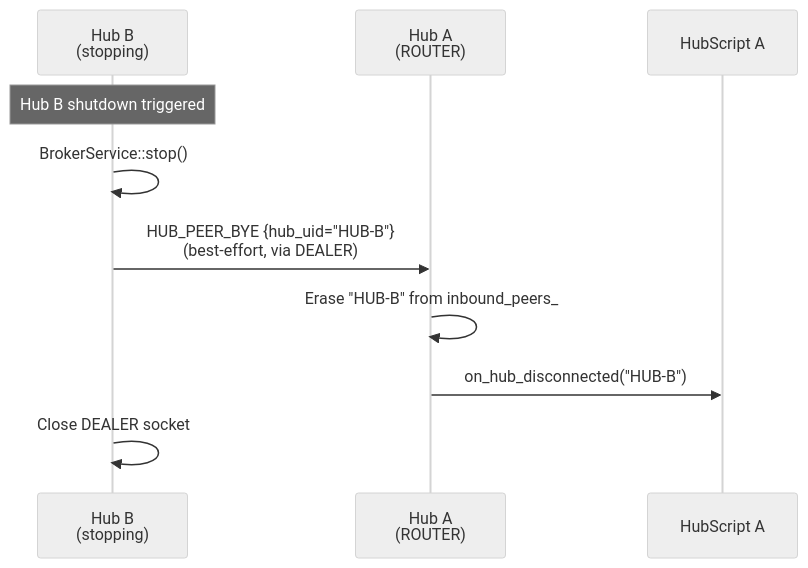
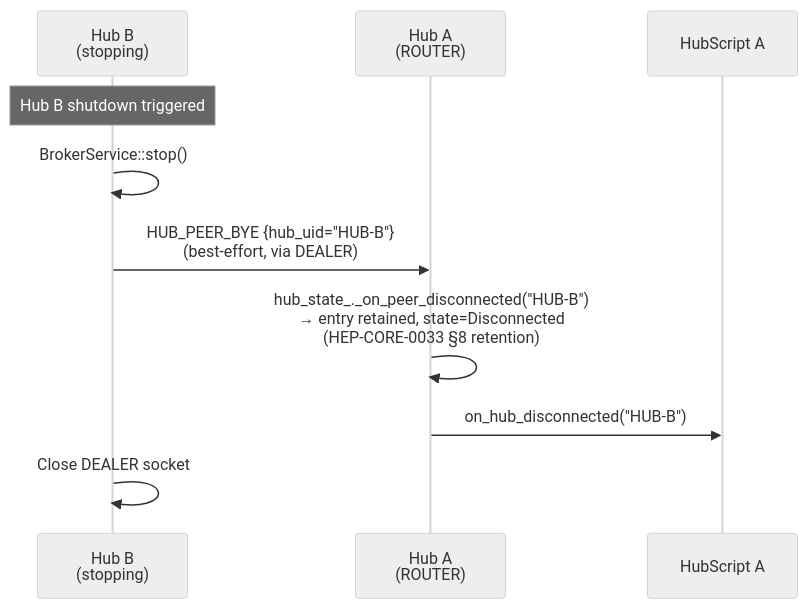
One commit to Qing-LAB/pylabhub changed the seventh of 8 diagrams in docs/HEP/HEP-CORE-0022-Hub-Federation-Broadcast.md. Above: the diagram before and after it, drawn with Mermaid (neutral theme). The commit also changed other lines of this file, not shown here.

````diff
--- a/docs/HEP/HEP-CORE-0022-Hub-Federation-Broadcast.md
+++ b/docs/HEP/HEP-CORE-0022-Hub-Federation-Broadcast.md
@@ -347,13 +347,13 @@
 ```mermaid
 sequenceDiagram
     participant HB as Hub B<br/>(stopping)
     participant HA as Hub A<br/>(ROUTER)
     participant HSA as HubScript A
 
     Note over HB: Hub B shutdown triggered
     HB->>HB: BrokerService::stop()
     HB->>HA: HUB_PEER_BYE {hub_uid="HUB-B"}<br/>(best-effort, via DEALER)
-    HA->>HA: Erase "HUB-B" from inbound_peers_
+    HA->>HA: hub_state_._on_peer_disconnected("HUB-B")<br/>→ entry retained, state=Disconnected<br/>(HEP-CORE-0033 §8 retention)
     HA->>HSA: on_hub_disconnected("HUB-B")
     HB->>HB: Close DEALER socket
 ```
````
